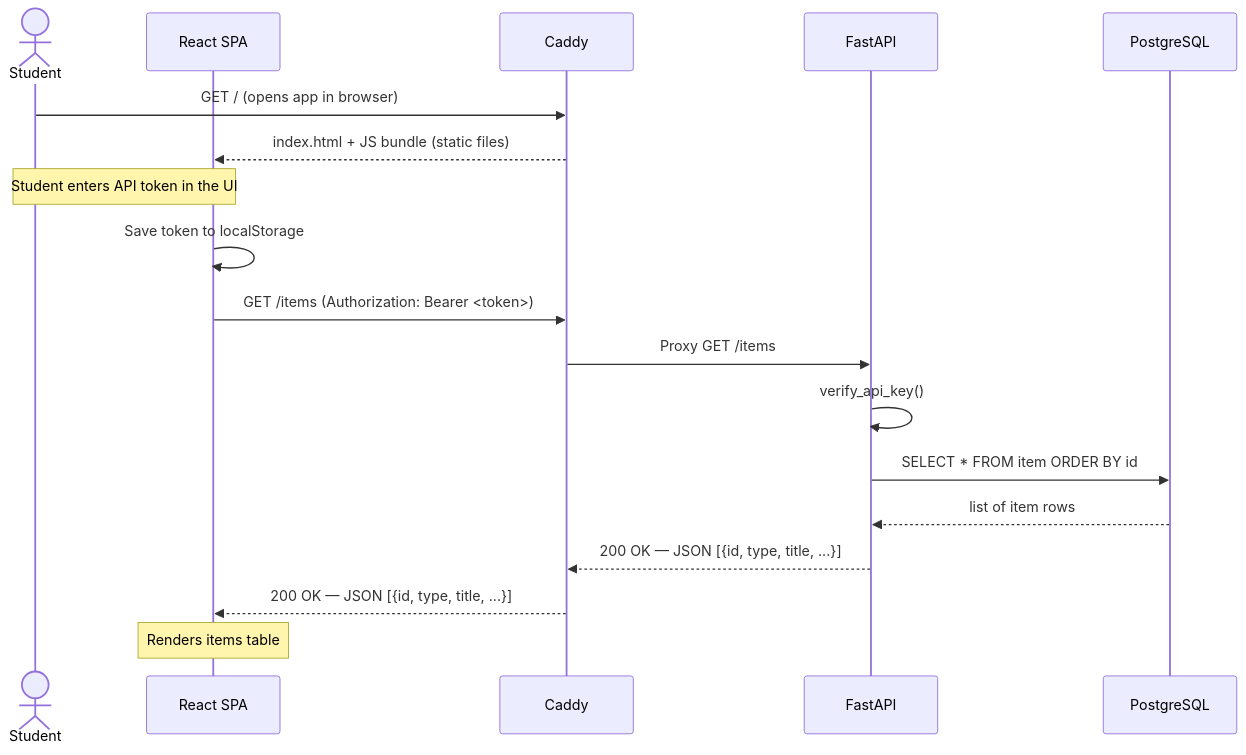
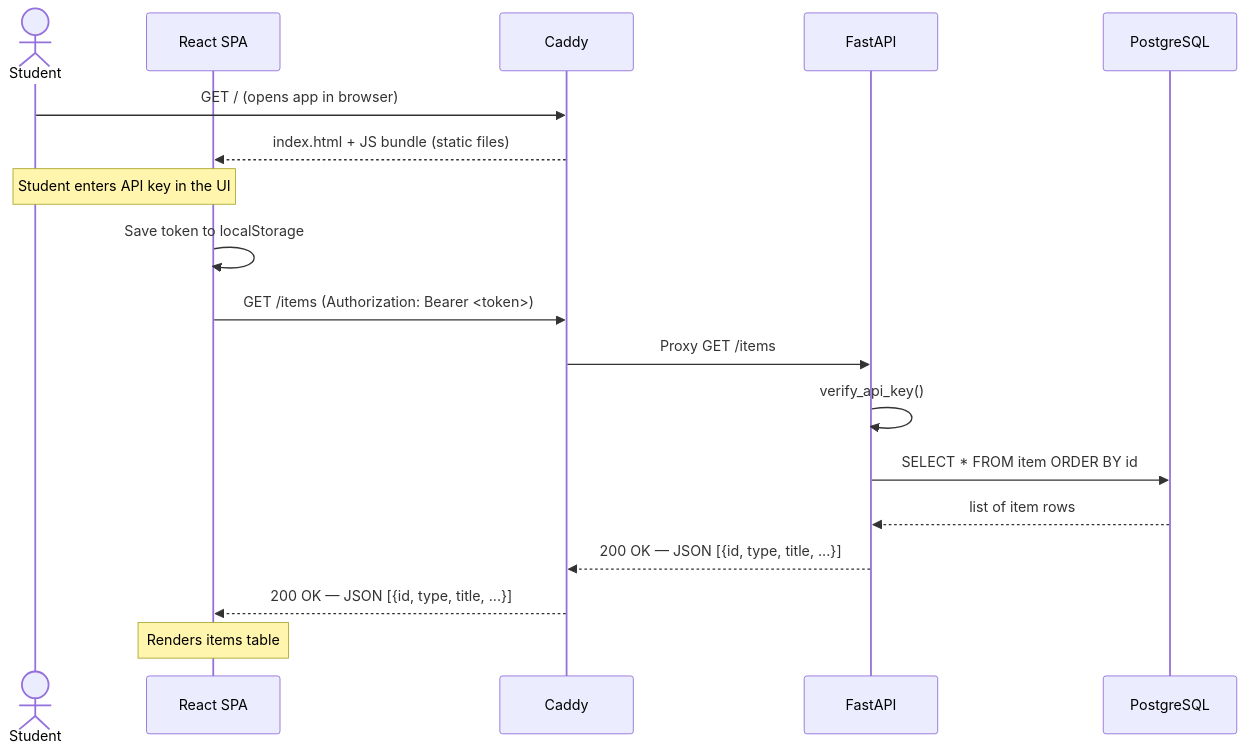
Before and after one commit to shefyo/se-toolkit-lab-8: the fifth of 7 diagrams in docs/design/architecture.md, drawn with Mermaid. The commit also changed other lines of this file and 2 other files, not shown here.

Commit message:
feat(instructors): extend 4.22 to cover .env.tests.unit.secret and .env.tests.e2e.secret
- Add link patterns for both files from wiki and task contexts
- Generalise opening sentence to .env.*.secret
- Update closing rule to say "file link" instead of hardcoding
  .env.docker.secret

````diff
--- a/docs/design/architecture.md
+++ b/docs/design/architecture.md
@@ -234,21 +234,21 @@
 ```mermaid
 sequenceDiagram
     actor Student
     participant Browser as React SPA
     participant Caddy
     participant API as FastAPI
     participant DB as PostgreSQL
 
     Student->>Caddy: GET / (opens app in browser)
     Caddy-->>Browser: index.html + JS bundle (static files)
-    Note over Student,Browser: Student enters API token in the UI
+    Note over Student,Browser: Student enters API key in the UI
     Browser->>Browser: Save token to localStorage
     Browser->>Caddy: GET /items (Authorization: Bearer <token>)
     Caddy->>API: Proxy GET /items
     API->>API: verify_api_key()
     API->>DB: SELECT * FROM item ORDER BY id
     DB-->>API: list of item rows
     API-->>Caddy: 200 OK — JSON [{id, type, title, ...}]
     Caddy-->>Browser: 200 OK — JSON [{id, type, title, ...}]
     Note over Browser: Renders items table
 ```
````
